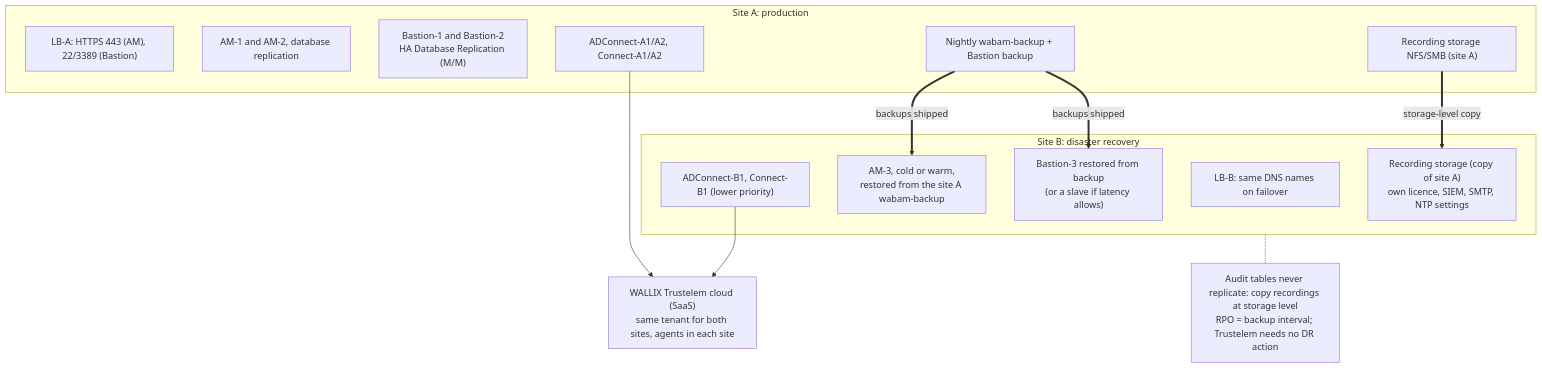
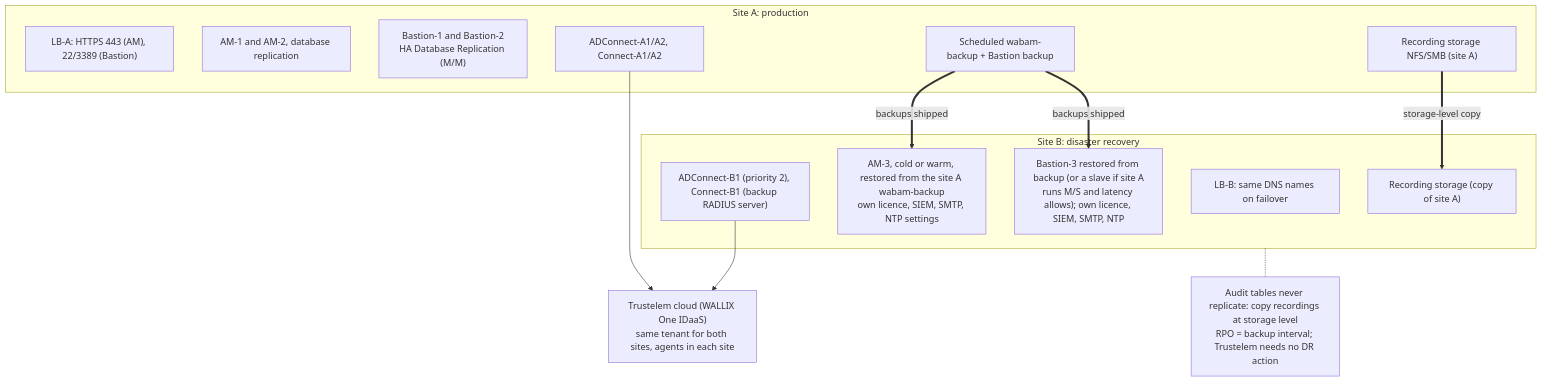
One commit to morandeirachema/Trustelem- changed the diagram in tools/diagrams/07-dr-topology.mmd. Above: the diagram before and after it, drawn with Mermaid. The commit also changed 19 other files, not shown here.

Commit message:
Audit pass 2: diagrams synced with text, AM RADIUS listener 2812, Authentication domain name rule, gap B7

```diff
--- a/tools/diagrams/07-dr-topology.mmd
+++ b/tools/diagrams/07-dr-topology.mmd
@@ -1,24 +1,24 @@
 flowchart TB
-    CLOUD["WALLIX Trustelem cloud (SaaS)<br/>same tenant for both sites, agents in each site"]
+    CLOUD["Trustelem cloud (WALLIX One IDaaS)<br/>same tenant for both sites, agents in each site"]
     subgraph A["Site A: production"]
         LBA["LB-A: HTTPS 443 (AM), 22/3389 (Bastion)"]
         AMA["AM-1 and AM-2, database replication"]
         BA["Bastion-1 and Bastion-2<br/>HA Database Replication (M/M)"]
         AGA["ADConnect-A1/A2, Connect-A1/A2"]
         STA["Recording storage NFS/SMB (site A)"]
-        BKA["Nightly wabam-backup + Bastion backup"]
+        BKA["Scheduled wabam-backup + Bastion backup"]
     end
     subgraph B["Site B: disaster recovery"]
         LBB["LB-B: same DNS names on failover"]
-        AMB["AM-3, cold or warm,<br/>restored from the site A wabam-backup"]
-        BB["Bastion-3 restored from backup<br/>(or a slave if latency allows)"]
-        AGB["ADConnect-B1, Connect-B1 (lower priority)"]
-        STB["Recording storage (copy of site A)<br/>own licence, SIEM, SMTP, NTP settings"]
+        AMB["AM-3, cold or warm, restored from the site A wabam-backup<br/>own licence, SIEM, SMTP, NTP settings"]
+        BB["Bastion-3 restored from backup (or a slave if site A<br/>runs M/S and latency allows); own licence, SIEM, SMTP, NTP"]
+        AGB["ADConnect-B1 (priority 2), Connect-B1 (backup RADIUS server)"]
+        STB["Recording storage (copy of site A)"]
     end
     AGA --> CLOUD
     AGB --> CLOUD
     BKA ==>|backups shipped| AMB
     BKA ==>|backups shipped| BB
     STA ==>|storage-level copy| STB
     NOTE["Audit tables never replicate: copy recordings at storage level<br/>RPO = backup interval; Trustelem needs no DR action"]
     B -.- NOTE
```
